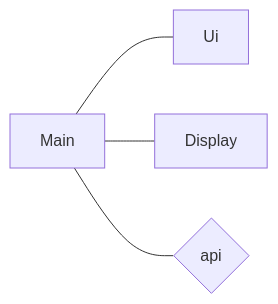
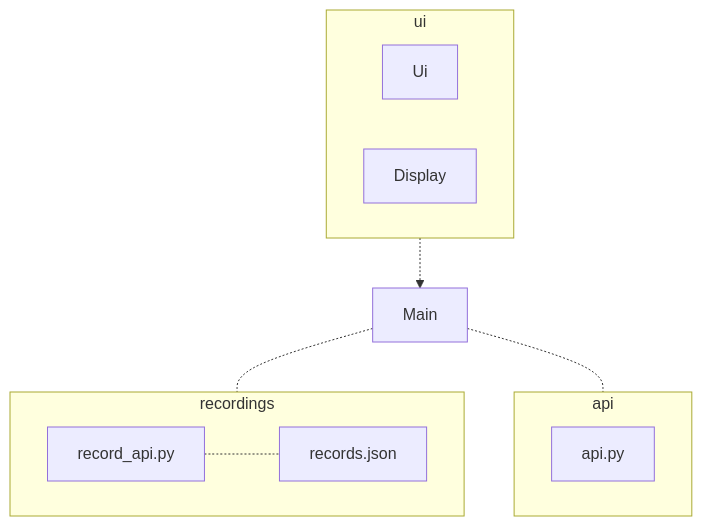
Before and after one commit to astranero/ot-harjoitustyo-1: the first of 4 diagrams in bussitt-app/dokumentaatio/arkkitehtuuri.md, drawn with Mermaid. The commit also changed other lines of this file and 8 other files, not shown here.

````diff
--- a/bussitt-app/dokumentaatio/arkkitehtuuri.md
+++ b/bussitt-app/dokumentaatio/arkkitehtuuri.md
@@ -5,6 +5,24 @@
 ```mermaid
-flowchart RL
-    Ui --- Main
-    Display --- Main
-    api{api} --- Main
+flowchart TB
+    subgraph ui
+    Ui
+    Display
+    end
+
+    ui -.-> Main
+
+    Main -.- recordings
+
+    subgraph recordings
+    record_api.py
+    records.json
+
+    record_api.py -.- records.json
+    end
+
+    Main -.- api
+
+    subgraph api
+    api.py
+    end
 ```
````
